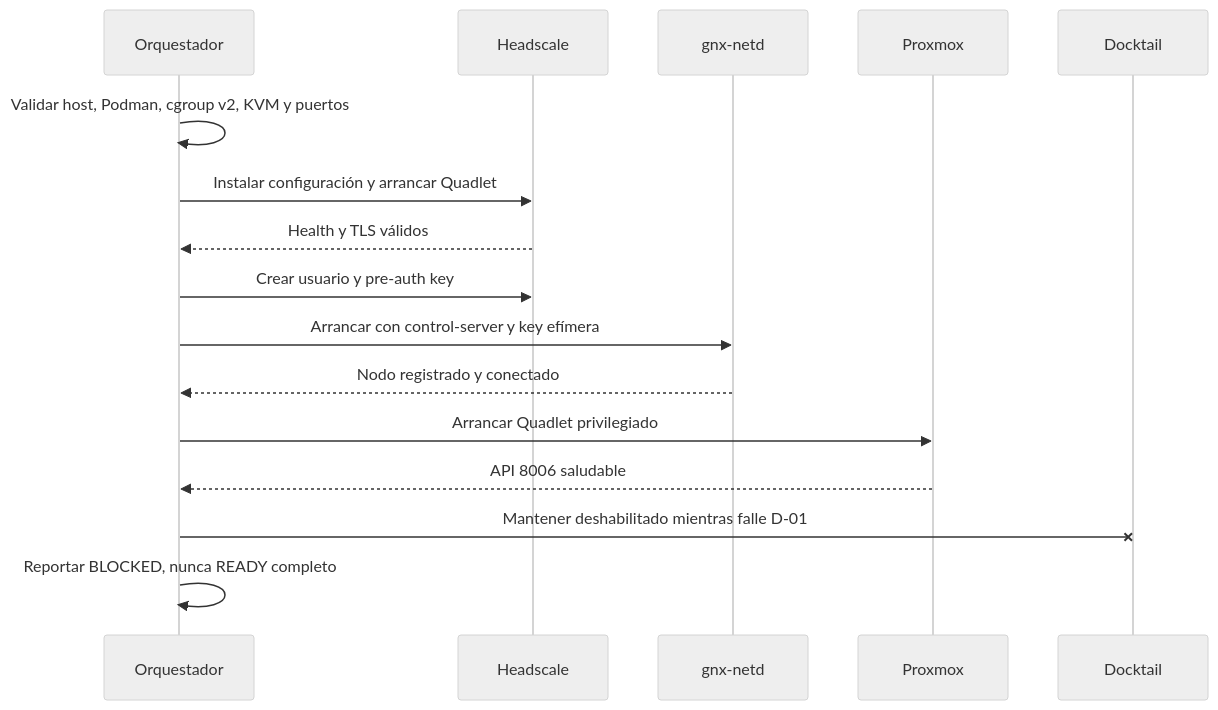
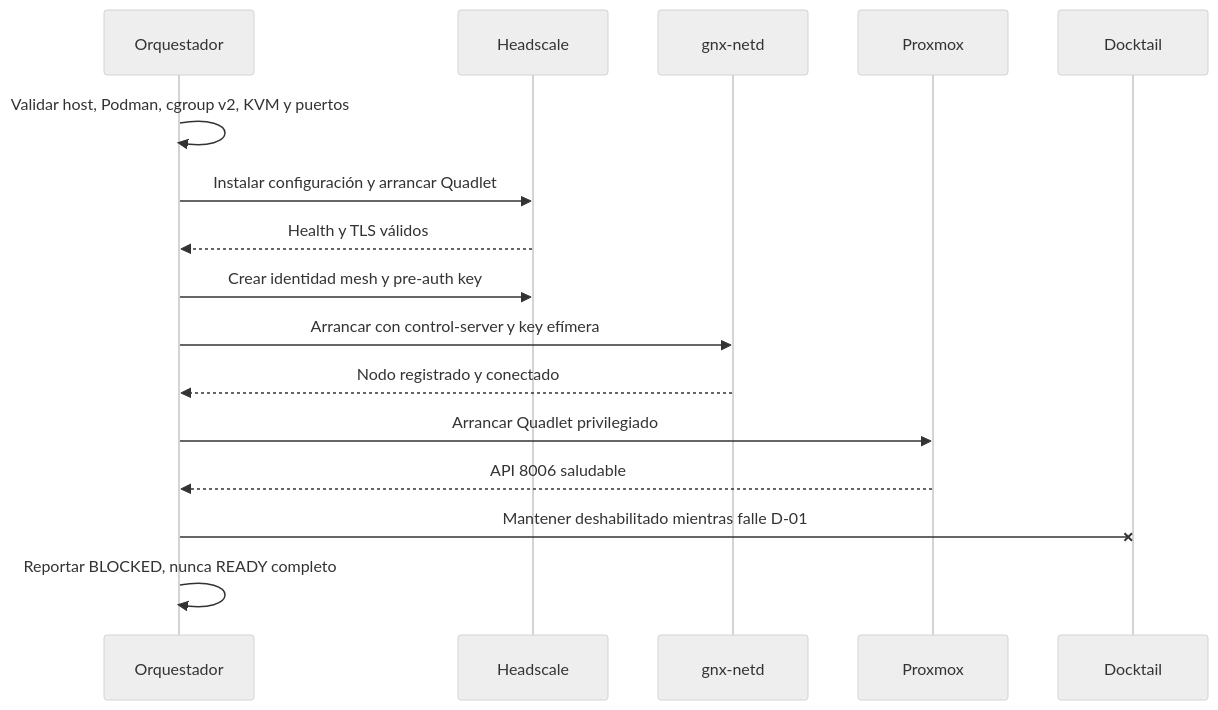
One commit to mayas-alas/quetzalcoatl changed the third of 3 diagrams in docs/architecture.md. Above: the diagram before and after it, drawn with Mermaid (neutral theme). The commit also changed other lines of this file and 5 other files, not shown here.

````diff
--- a/docs/architecture.md
+++ b/docs/architecture.md
@@ -111,19 +112,19 @@
 ```mermaid
 sequenceDiagram
     participant O as Orquestador
     participant H as Headscale
     participant T as gnx-netd
     participant P as Proxmox
     participant D as Docktail
 
     O->>O: Validar host, Podman, cgroup v2, KVM y puertos
     O->>H: Instalar configuración y arrancar Quadlet
     H-->>O: Health y TLS válidos
-    O->>H: Crear usuario y pre-auth key
+    O->>H: Crear identidad mesh y pre-auth key
     O->>T: Arrancar con control-server y key efímera
     T-->>O: Nodo registrado y conectado
     O->>P: Arrancar Quadlet privilegiado
     P-->>O: API 8006 saludable
     O-xD: Mantener deshabilitado mientras falle D-01
     O->>O: Reportar BLOCKED, nunca READY completo
 ```
````
